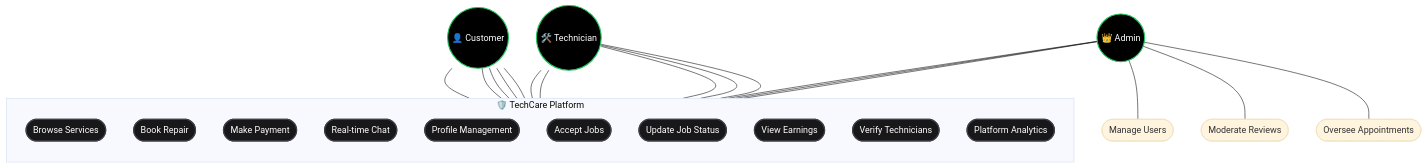
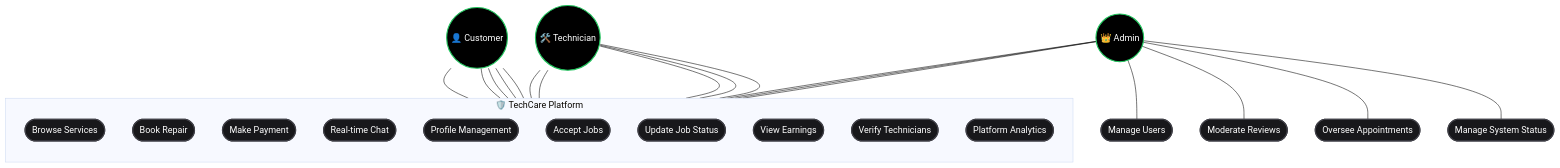
Before and after one commit to Irchika774/Tech-Care_official: the seventh of 14 diagrams in README.md, drawn with Mermaid (base theme). The commit also changed other lines of this file, not shown here.

Commit message:
docs: update README with v2.6.0 diagrams and new technician fields

````diff
--- a/README.md
+++ b/README.md
@@ -412,43 +417,44 @@
 ```mermaid
 graph TD
     %% Use clearer styling for better text visibility
     classDef actor fill:#000,stroke:#22C55E,stroke-width:2px,color:#fff;
     classDef usecase fill:#18181B,stroke:#3F3F46,stroke-width:2px,color:#fff,rx:20,ry:20;
 
     CUS((👤 Customer)):::actor
     TEC((🛠️ Technician)):::actor
     ADM((👑 Admin)):::actor
 
     subgraph Platform["🛡️ TechCare Platform"]
         direction TB
         UC1([Browse Services]):::usecase
         UC3([Book Repair]):::usecase
         UC4([Make Payment]):::usecase
         UC5([Real-time Chat]):::usecase
         UC6([Profile Management]):::usecase
         UC7([Accept Jobs]):::usecase
         UC8([Update Job Status]):::usecase
         UC9([View Earnings]):::usecase
         UC10([Verify Technicians]):::usecase
         UC11([Platform Analytics]):::usecase
     end
 
     CUS --- UC1
     CUS --- UC3
     CUS --- UC4
     CUS --- UC5
     CUS --- UC6
 
     TEC --- UC7
     TEC --- UC8
     TEC --- UC9
     TEC --- UC5
     TEC --- UC6
 
     ADM --- UC10
     ADM --- UC11
     ADM --- UC6
-    ADM --- UC13([Manage Users])
-    ADM --- UC14([Moderate Reviews])
-    ADM --- UC15([Oversee Appointments])
+    ADM --- UC13([Manage Users]):::usecase
+    ADM --- UC14([Moderate Reviews]):::usecase
+    ADM --- UC15([Oversee Appointments]):::usecase
+    ADM --- UC16([Manage System Status]):::usecase
 ```
````
